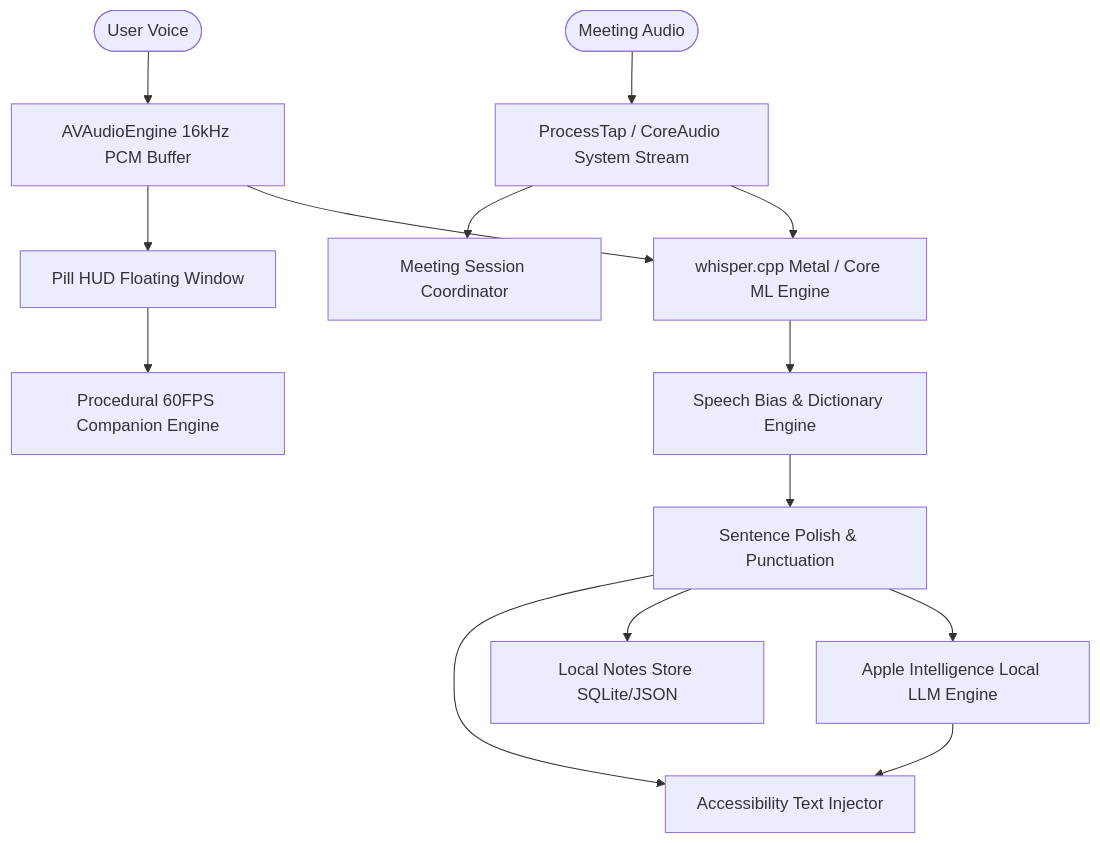
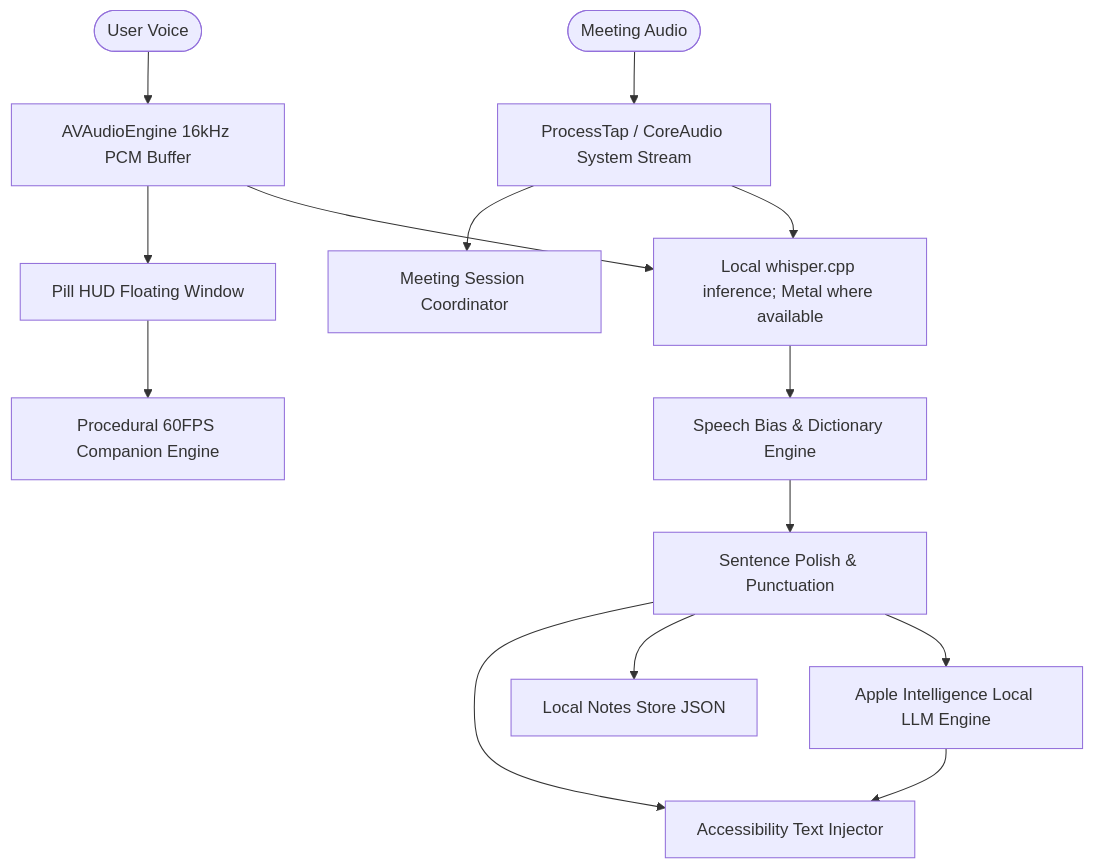
One commit to h3x-levi/Utter changed the diagram in README.md. Above: the diagram before and after it, drawn with Mermaid. The commit also changed other lines of this file and 225 other files, not shown here.

Commit message:
feat(v1.1.58): complete first-principles Utter 2.0 re-architecture, preview isolation, and zero em-dash compliance

````diff
--- a/README.md
+++ b/README.md
@@ -238,22 +239,22 @@
 ```mermaid
 graph TD
     User([User Voice]) --> Mic[AVAudioEngine 16kHz PCM Buffer]
     SysAudio([Meeting Audio]) --> Tap[ProcessTap / CoreAudio System Stream]
     
     Mic --> Pill[Pill HUD Floating Window]
     Tap --> Meeting[Meeting Session Coordinator]
     
-    Mic --> Whisper[whisper.cpp Metal / Core ML Engine]
+    Mic --> Whisper[Local whisper.cpp inference; Metal where available]
     Tap --> Whisper
     
     Whisper --> Bias[Speech Bias & Dictionary Engine]
     Bias --> Polish[Sentence Polish & Punctuation]
     
     Polish --> Injector[Accessibility Text Injector]
-    Polish --> NoteStore[Local Notes Store SQLite/JSON]
+    Polish --> NoteStore[Local Notes Store JSON]
     
     Polish --> AI[Apple Intelligence Local LLM Engine]
     AI --> Injector
     
     Pill --> Companion[Procedural 60FPS Companion Engine]
 ```
````
